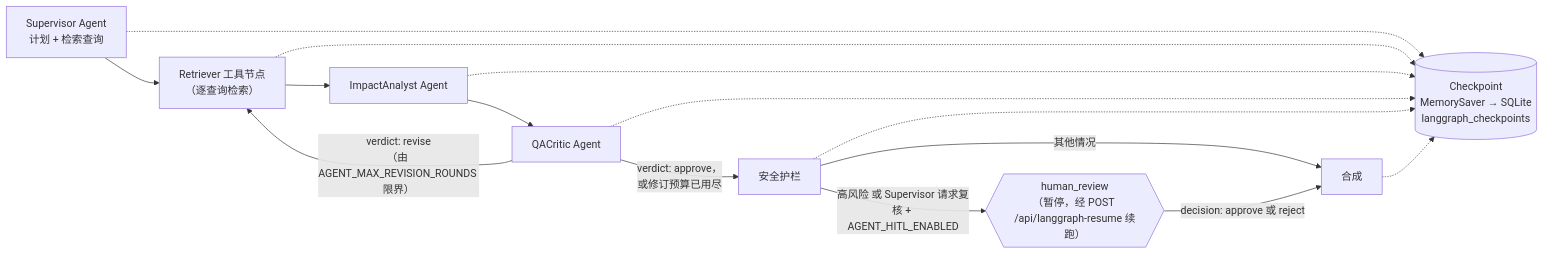
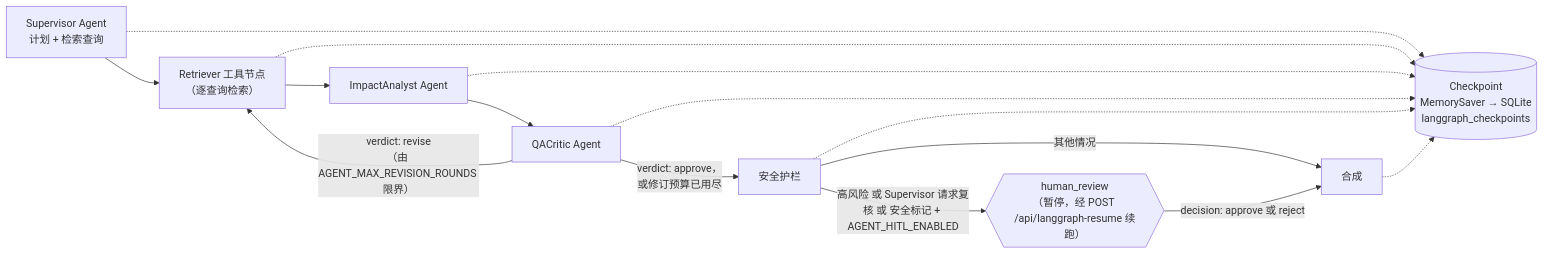
Before and after one commit to yuk1no4090/Repomentor: the second of 2 diagrams in README.zh-CN.md, drawn with Mermaid. The commit also changed other lines of this file and 7 other files, not shown here.

````diff
--- a/README.zh-CN.md
+++ b/README.zh-CN.md
@@ -75,19 +75,19 @@
 ```mermaid
 flowchart LR
     Supervisor["Supervisor Agent<br/>计划 + 检索查询"] --> Retrieve["Retriever 工具节点<br/>（逐查询检索）"]
     Retrieve --> Impact["ImpactAnalyst Agent"]
     Impact --> Critic["QACritic Agent"]
     Critic -->|"verdict: revise<br/>（由 AGENT_MAX_REVISION_ROUNDS 限界）"| Retrieve
     Critic -->|"verdict: approve，<br/>或修订预算已用尽"| Guardrails["安全护栏"]
-    Guardrails -->|"高风险 或 Supervisor 请求复核 + AGENT_HITL_ENABLED"| HITL{{"human_review<br/>（暂停，经 POST /api/langgraph-resume 续跑）"}}
+    Guardrails -->|"高风险 或 Supervisor 请求复核 或 安全标记 + AGENT_HITL_ENABLED"| HITL{{"human_review<br/>（暂停，经 POST /api/langgraph-resume 续跑）"}}
     Guardrails -->|"其他情况"| Synthesize["合成"]
     HITL -->|"decision: approve 或 reject"| Synthesize
 
     CP[("Checkpoint<br/>MemorySaver → SQLite<br/>langgraph_checkpoints")]
     Supervisor -.-> CP
     Retrieve -.-> CP
     Impact -.-> CP
     Critic -.-> CP
     Guardrails -.-> CP
     Synthesize -.-> CP
 ```
````
